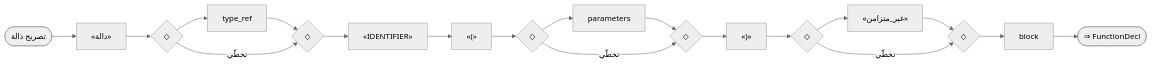
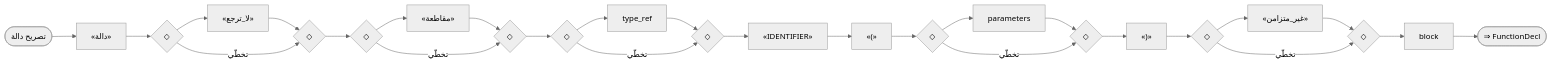
Before and after one commit to sadlang/sadlang: the seventh of 19 diagrams in docs/parser_rule/_generated/20_declarations.md, drawn with Mermaid (neutral theme). The commit also changed other lines of this file and 38 other files, not shown here.

````diff
--- a/docs/parser_rule/_generated/20_declarations.md
+++ b/docs/parser_rule/_generated/20_declarations.md
@@ -283,37 +283,51 @@
 ```mermaid
 flowchart LR
   n1(["تصريح دالة"])
   n2["«دالة»"]
   n3{"◇"}
   n4{"◇"}
-  n5["type_ref"]
+  n5["«لا_ترجع»"]
   n3 --> n5
   n5 --> n4
   n3 -- "تخطّي" --> n4
   n2 --> n3
-  n6["«IDENTIFIER»"]
+  n6{"◇"}
+  n7{"◇"}
+  n8["«مقاطعة»"]
+  n6 --> n8
+  n8 --> n7
+  n6 -- "تخطّي" --> n7
   n4 --> n6
-  n7["«(»"]
-  n6 --> n7
-  n8{"◇"}
   n9{"◇"}
-  n10["parameters"]
-  n8 --> n10
-  n10 --> n9
-  n8 -- "تخطّي" --> n9
-  n7 --> n8
-  n11["«)»"]
+  n10{"◇"}
+  n11["type_ref"]
   n9 --> n11
-  n12{"◇"}
-  n13{"◇"}
-  n14["«غير_متزامن»"]
-  n12 --> n14
-  n14 --> n13
-  n12 -- "تخطّي" --> n13
-  n11 --> n12
-  n15["block"]
-  n13 --> n15
+  n11 --> n10
+  n9 -- "تخطّي" --> n10
+  n7 --> n9
+  n12["«IDENTIFIER»"]
+  n10 --> n12
+  n13["«(»"]
+  n12 --> n13
+  n14{"◇"}
+  n15{"◇"}
+  n16["parameters"]
+  n14 --> n16
+  n16 --> n15
+  n14 -- "تخطّي" --> n15
+  n13 --> n14
+  n17["«)»"]
+  n15 --> n17
+  n18{"◇"}
+  n19{"◇"}
+  n20["«غير_متزامن»"]
+  n18 --> n20
+  n20 --> n19
+  n18 -- "تخطّي" --> n19
+  n17 --> n18
+  n21["block"]
+  n19 --> n21
   n1 --> n2
-  n16(["⇒ FunctionDecl"])
-  n15 --> n16
+  n22(["⇒ FunctionDecl"])
+  n21 --> n22
 ```
````
